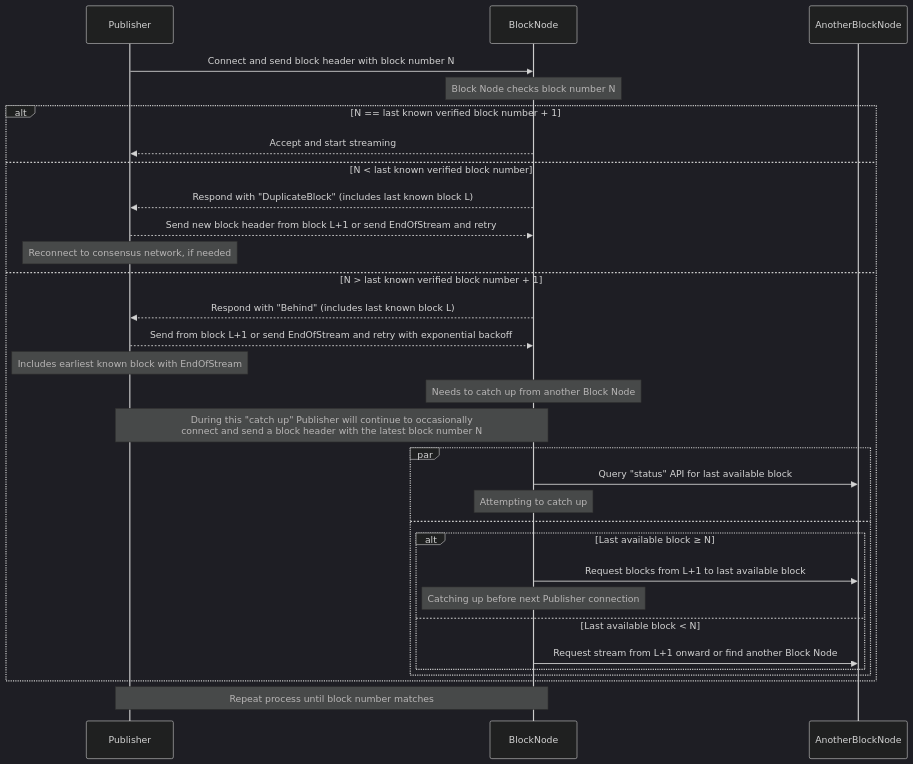
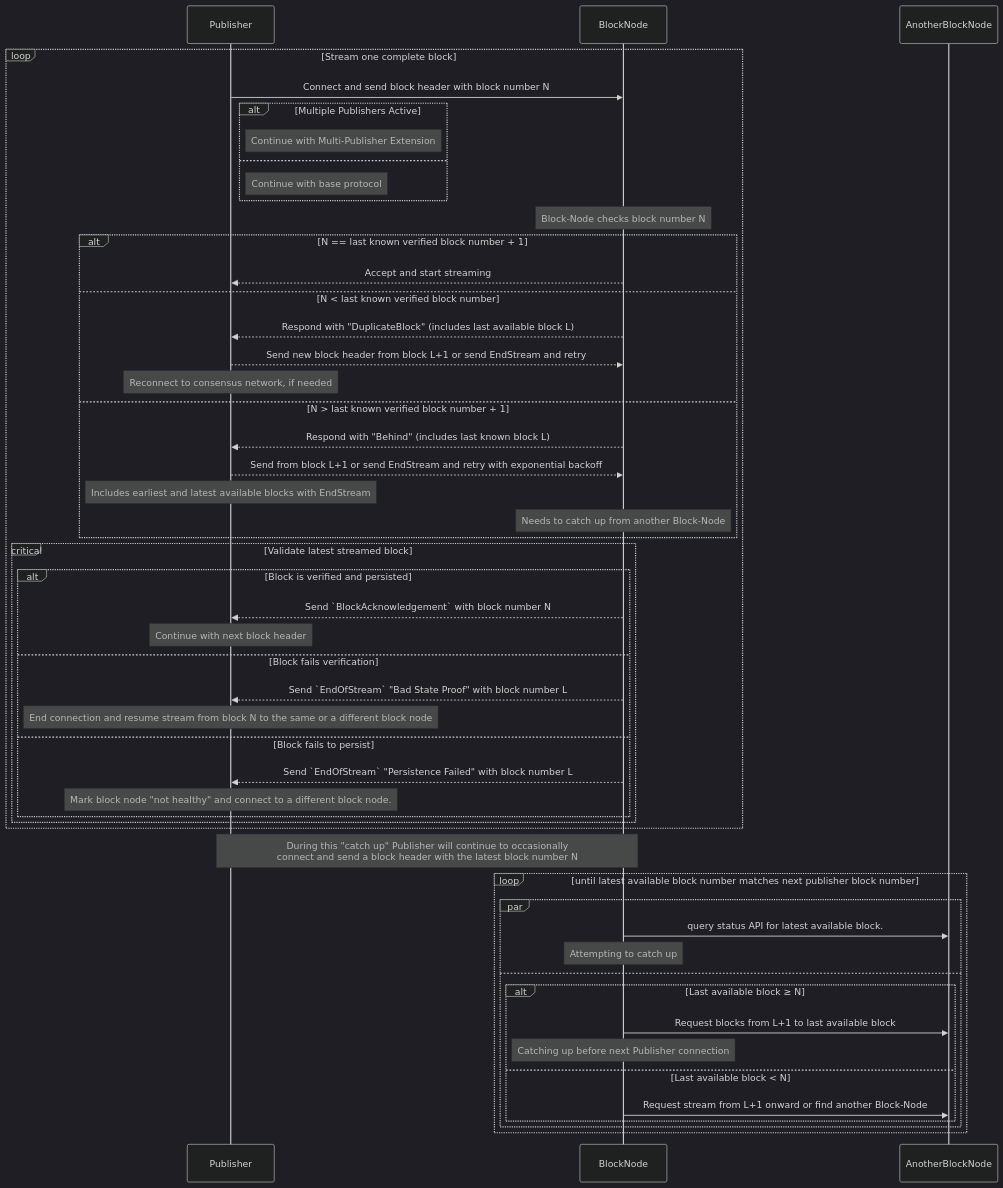
Before and after one commit to hiero-ledger/hiero-block-node: the first of 4 diagrams in docs/design/communication-protocol/publish-block-stream.md, drawn with Mermaid (dark theme). The commit also changed other lines of this file and 1 other file, not shown here.

````diff
--- a/docs/design/communication-protocol/publish-block-stream.md
+++ b/docs/design/communication-protocol/publish-block-stream.md
@@ -122,37 +138,55 @@
 ```mermaid
 sequenceDiagram
-    participant Publisher
-    participant BlockNode
-    participant AnotherBlockNode
+  participant Publisher
+  participant BlockNode
+  participant AnotherBlockNode
 
+  loop Stream one complete block
     Publisher->>BlockNode: Connect and send block header with block number N
-    Note over BlockNode: Block Node checks block number N
+    alt Multiple Publishers Active
+      Note right of Publisher: Continue with Multi-Publisher Extension
+    else
+      Note right of Publisher: Continue with base protocol
+    end
+    Note over BlockNode: Block-Node checks block number N
+    alt N == last known verified block number + 1
+      BlockNode-->>Publisher: Accept and start streaming
+    else N < last known verified block number
+      BlockNode-->>Publisher: Respond with "DuplicateBlock" (includes last available block L)
+      Publisher-->>BlockNode: Send new block header from block L+1 or send EndStream and retry
+      Note over Publisher: Reconnect to consensus network, if needed
+    else N > last known verified block number + 1
+      BlockNode-->>Publisher: Respond with "Behind" (includes last known block L)
+      Publisher-->>BlockNode: Send from block L+1 or send EndStream and retry with exponential backoff
+      Note over Publisher: Includes earliest and latest available blocks with EndStream
+      Note over BlockNode: Needs to catch up from another Block-Node
+    end
+    critical Validate latest streamed block
+      alt Block is verified and persisted
+        BlockNode-->>Publisher: Send `BlockAcknowledgement` with block number N
+        Note over Publisher: Continue with next block header
+      else Block fails verification
+        BlockNode-->>Publisher: Send `EndOfStream` "Bad State Proof" with block number L
+        Note over Publisher: End connection and resume stream from block N to the same or a different block node
+      else Block fails to persist
+        BlockNode-->>Publisher: Send `EndOfStream` "Persistence Failed" with block number L
+        Note over Publisher: Mark block node "not healthy" and connect to a different block node.
+      end
+    end
+  end
 
-    alt N == last known verified block number + 1
-        BlockNode-->>Publisher: Accept and start streaming
-    else N < last known verified block number
-        BlockNode-->>Publisher: Respond with "DuplicateBlock" (includes last known block L)
-        Publisher-->>BlockNode: Send new block header from block L+1 or send EndOfStream and retry
-        Note over Publisher: Reconnect to consensus network, if needed
-    else N > last known verified block number + 1
-        BlockNode-->>Publisher: Respond with "Behind" (includes last known block L)
-        Publisher-->>BlockNode: Send from block L+1 or send EndOfStream and retry with exponential backoff
-        Note over Publisher: Includes earliest known block with EndOfStream
-        Note over BlockNode: Needs to catch up from another Block Node
-
-    Note over Publisher,BlockNode: During this "catch up" Publisher will continue to occasionally<br/>connect and send a block header with the latest block number N
-        par
-            BlockNode->>AnotherBlockNode: Query "status" API for last available block
-            Note over BlockNode: Attempting to catch up
-        and
-            alt Last available block ≥ N
-                BlockNode->>AnotherBlockNode: Request blocks from L+1 to last available block
-                Note over BlockNode: Catching up before next Publisher connection
-            else Last available block < N
-                BlockNode->>AnotherBlockNode: Request stream from L+1 onward or find another Block Node
-            end
-        end
+  Note over Publisher,BlockNode: During this "catch up" Publisher will continue to occasionally<br/>connect and send a block header with the latest block number N
+  loop until latest available block number matches next publisher block number
+    par
+      BlockNode->>AnotherBlockNode: query status API for latest available block.
+      Note over BlockNode: Attempting to catch up
+    and
+      alt Last available block ≥ N
+        BlockNode->>AnotherBlockNode: Request blocks from L+1 to last available block
+        Note over BlockNode: Catching up before next Publisher connection
+      else Last available block < N
+        BlockNode->>AnotherBlockNode: Request stream from L+1 onward or find another Block-Node
+      end
     end
-
-    Note over Publisher,BlockNode: Repeat process until block number matches
+  end
 ```
````
